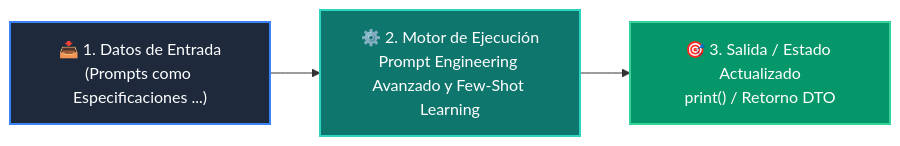
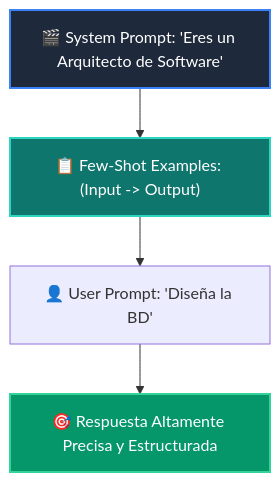
Before and after one commit to wisrovi/wisrovi-python: the diagram in docs/curso-03/clase-02.md, drawn with Mermaid. The commit also changed other lines of this file and 52 other files, not shown here.

````diff
--- a/docs/curso-03/clase-02.md
+++ b/docs/curso-03/clase-02.md
@@ -38,9 +37,9 @@
 ```mermaid
-flowchart LR
-    IN["📥 1. Datos de Entrada<br/>(Prompts como Especificaciones ...)"] --> ENG["⚙️ 2. Motor de Ejecución<br/>Prompt Engineering Avanzado y Few-Shot Learning"]
-    ENG --> OUT["🎯 3. Salida / Estado Actualizado<br/>print() / Retorno DTO"]
-
-    style IN fill:#1e293b,color:#ffffff,stroke:#3b82f6,stroke-width:2px
-    style ENG fill:#0f766e,color:#ffffff,stroke:#2dd4bf,stroke-width:2px
-    style OUT fill:#059669,color:#ffffff,stroke:#34d399,stroke-width:2px
+flowchart TD
+    A["🎬 System Prompt: 'Eres un Arquitecto de Software'"] --> B["📋 Few-Shot Examples: (Input -> Output)"]
+    B --> C["👤 User Prompt: 'Diseña la BD'"]
+    C --> D["🎯 Respuesta Altamente Precisa y Estructurada"]
+    style A fill:#1e293b,color:#ffffff,stroke:#3b82f6,stroke-width:2px
+    style B fill:#0f766e,color:#ffffff,stroke:#2dd4bf,stroke-width:2px
+    style D fill:#059669,color:#ffffff,stroke:#34d399,stroke-width:2px
 ```
````
